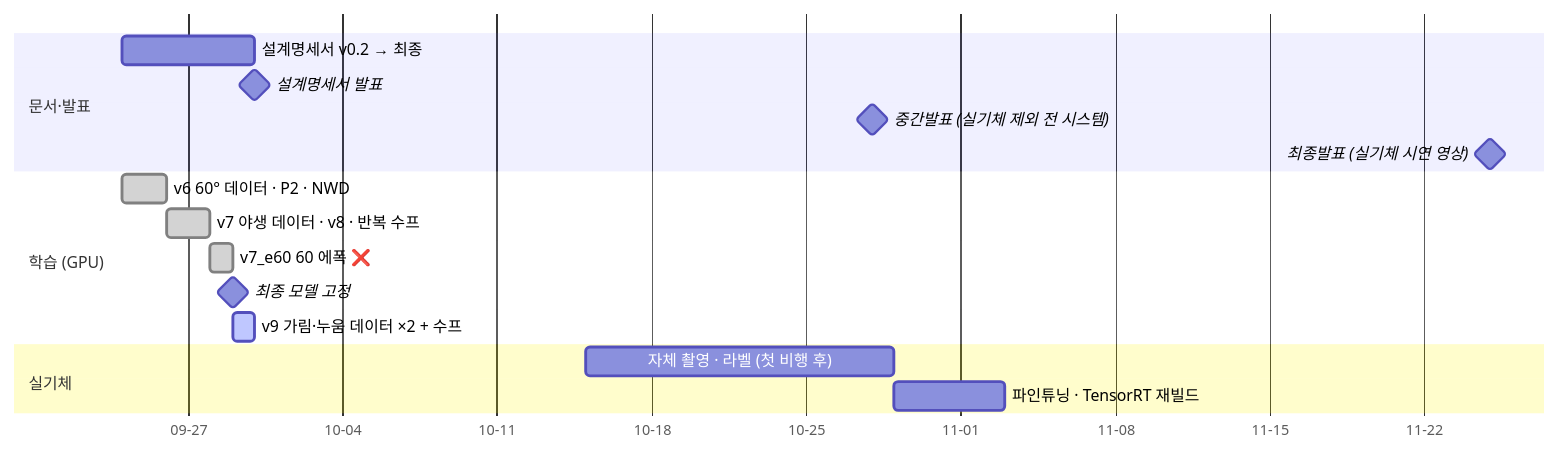
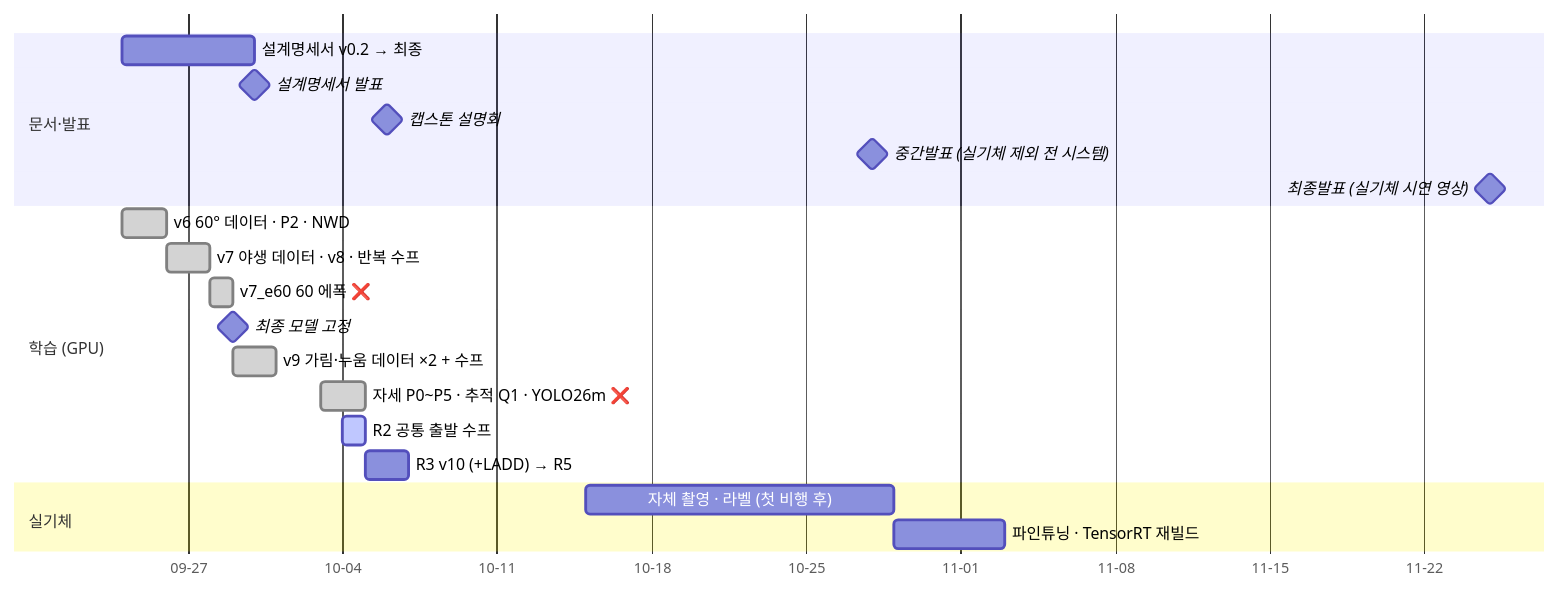
One commit to tim9985/Capstone changed the second of 2 diagrams in obsidian/00 홈.md. Above: the diagram before and after it, drawn with Mermaid. The commit also changed other lines of this file and 17 other files, not shown here.

````diff
--- a/obsidian/00 홈.md
+++ b/obsidian/00 홈.md
@@ -54,19 +55,23 @@
 ```mermaid
 gantt
     dateFormat YYYY-MM-DD
     axisFormat %m-%d
     section 문서·발표
     설계명세서 v0.2 → 최종        :doc, 2026-09-24, 6d
     설계명세서 발표               :milestone, 2026-09-30, 0d
+    캡스톤 설명회                 :milestone, 2026-10-06, 0d
     중간발표 (실기체 제외 전 시스템) :milestone, 2026-10-28, 0d
     최종발표 (실기체 시연 영상)    :milestone, 2026-11-25, 0d
     section 학습 (GPU)
     v6 60° 데이터 · P2 · NWD      :done, v6, 2026-09-24, 2d
     v7 야생 데이터 · v8 · 반복 수프 :done, v7, 2026-09-26, 2d
     v7_e60 60 에폭 ❌              :done, e60, 2026-09-28, 1d
     최종 모델 고정                 :milestone, 2026-09-29, 0d
-    v9 가림·누움 데이터 ×2 + 수프   :active, v9, 2026-09-29, 1d
+    v9 가림·누움 데이터 ×2 + 수프   :done, v9, 2026-09-29, 2d
+    자세 P0~P5 · 추적 Q1 · YOLO26m ❌ :done, q, 2026-10-03, 2d
+    R2 공통 출발 수프               :active, r2, 2026-10-04, 1d
+    R3 v10 (+LADD) → R5            :r3, after r2, 2d
     section 실기체
     자체 촬영 · 라벨 (첫 비행 후)   :own, 2026-10-15, 14d
     파인튜닝 · TensorRT 재빌드     :after own, 5d
 ```
````
